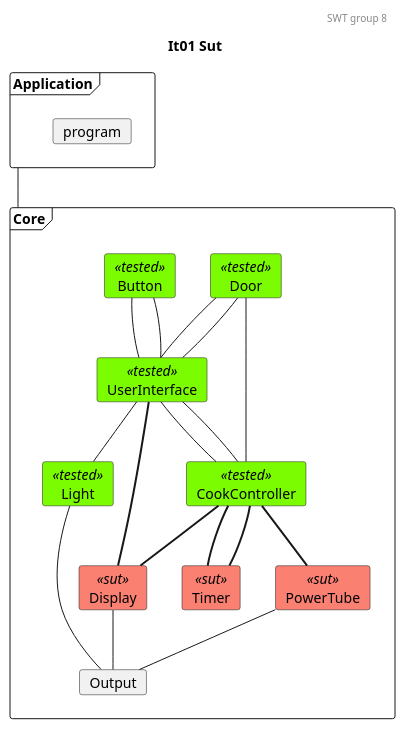
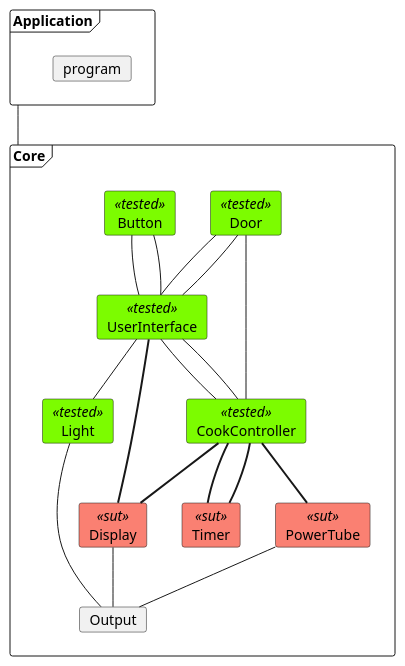
Before and after one commit to mikkel-ol/I4SWT-MicrowaveOven: the diagram in docs/SysTestTree3.plantuml, drawn with PlantUML. The commit also changed 3 other files, not shown here.

Commit message:
Add UI Door tests + Remove title and Header from UML

```diff
--- a/docs/SysTestTree3.plantuml
+++ b/docs/SysTestTree3.plantuml
@@ -1,77 +1,74 @@
-@startuml
+@startuml IT03-Sut
 
 'Testing colors:
 skinparam card{
     backgroundColor<<tested>> lawngreen
     backgroundColor<<sut>> salmon
     backgroundColor<<test>> salmon
     backgroundColor<<fake>> gold
 }
-
-header SWT group 8
-title It01 Sut
 
 frame Application{
     card program
 }
 
 frame Core{
 '0.
     card Door<<tested>>
     card Button<<tested>>
 
 '1.
     card UserInterface<<tested>>
 
 '2.
     card CookController<<tested>>
     card Light<<tested>>
 
 '3.
     card Timer<<sut>>
     card PowerTube<<sut>>
     card Display<<sut>>
 
 '4 
     card Output
 
 
 }
 Application -- Core
 
 'Relations projects
 ' 0. to 1.
 Door -- UserInterface
 Door -- UserInterface
 
 Button -- UserInterface
 Button -- UserInterface
 
 
 'Relations CookController:
 '1.
 UserInterface -- CookController
 UserInterface -- CookController
 '1. to 2.
 Door - CookController
 
 
 CookController -[thickness=2]- PowerTube
 
 '1. to 2.
 UserInterface -[thickness=2]- Display
 UserInterface -- Light
 CookController -[thickness=2]- Display
 
 CookController -[thickness=2]- Timer
 CookController -[thickness=2]- Timer 
 
 
 ' Relations 2. to 3.
 Light -- Output
 Display -- Output
 PowerTube -- Output
 
 
 
 @enduml
```
